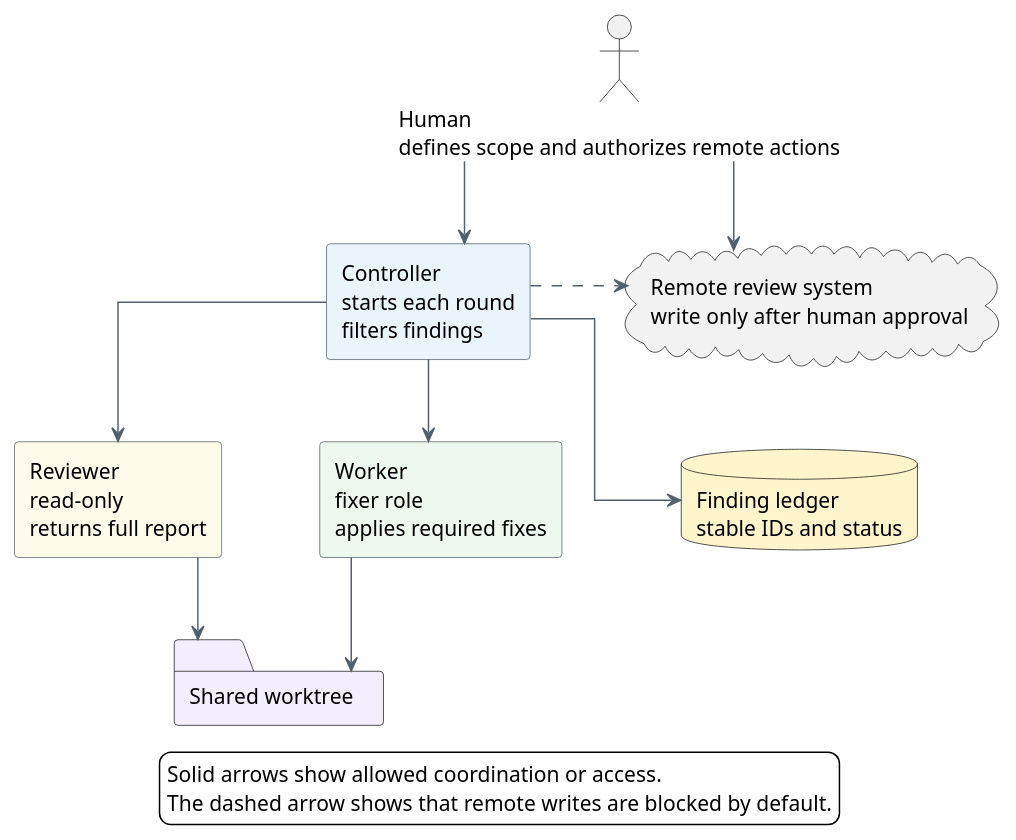
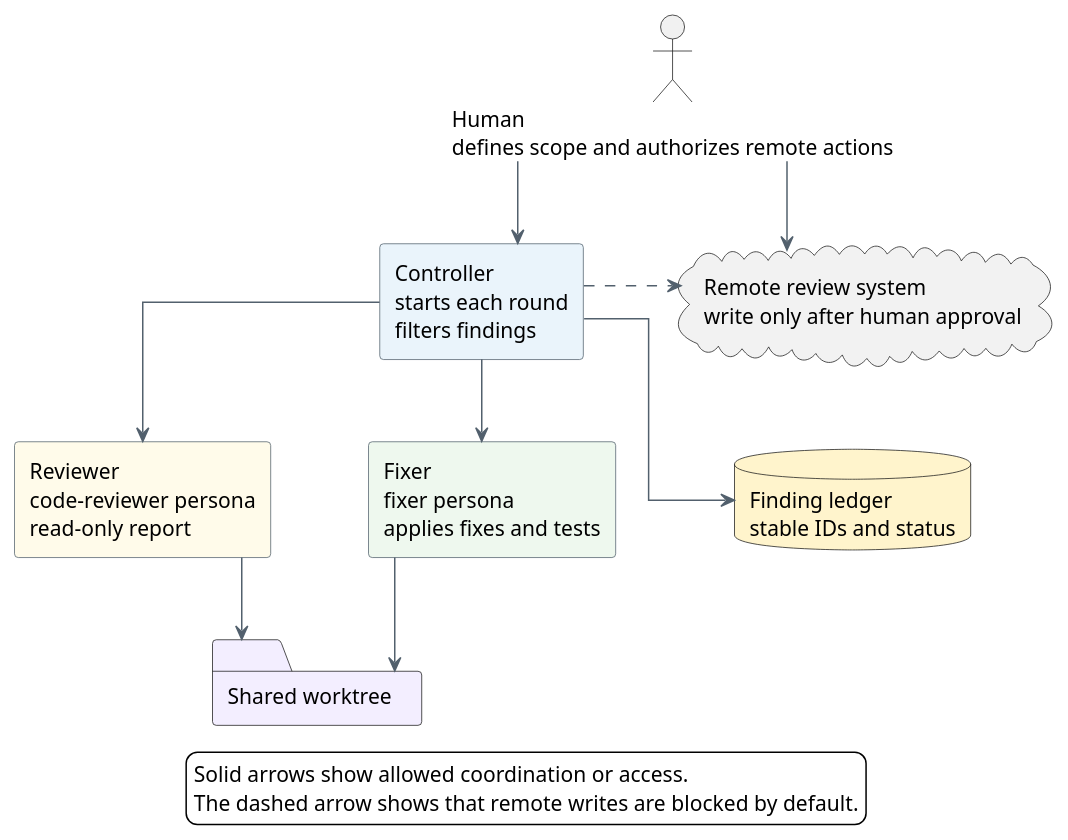
Before and after one commit to sirius-cc-wu/sirius-skills: the first of 2 diagrams in docs/subagent-review-fix-loop.md, drawn with PlantUML. The commit also changed other lines of this file, not shown here.

Commit message:
docs: align subagent review-fix guide with code-reviewer and fixer

````diff
--- a/docs/subagent-review-fix-loop.md
+++ b/docs/subagent-review-fix-loop.md
@@ -24,44 +24,44 @@
 ```plantuml
 @startuml pi-subagent-review-fix-roles
 top to bottom direction
 
 skinparam backgroundColor #FFFFFF
 skinparam shadowing false
 skinparam componentStyle rectangle
 skinparam packageStyle rectangle
 skinparam linetype ortho
 skinparam defaultFontName Arial
 skinparam ArrowColor #52606D
 skinparam nodesep 65
 skinparam ranksep 55
 skinparam component {
   BackgroundColor #FFFFFF
   BorderColor #52606D
 }
 
 actor "Human\ndefines scope and authorizes remote actions" as Human
 component "Controller\nstarts each round\nfilters findings" as Controller #EAF4FB
-component "Reviewer\nread-only\nreturns full report" as Reviewer #FFFBEA
-component "Worker\nfixer role\napplies required fixes" as Fixer #EEF8EE
+component "Reviewer\ncode-reviewer persona\nread-only report" as Reviewer #FFFBEA
+component "Fixer\nfixer persona\napplies fixes and tests" as Fixer #EEF8EE
 folder "Shared worktree" as Worktree #F3EEFF
 database "Finding ledger\nstable IDs and status" as Ledger #FFF4CC
 cloud "Remote review system\nwrite only after human approval" as Remote #F2F2F2
 
 Human -down-> Controller
 Controller -down-> Reviewer
 Controller -down-> Fixer
 Reviewer -down-> Worktree
 Fixer -down-> Worktree
 Controller -right-> Ledger
 Human -right-> Remote
 Controller ..right.> Remote
 
 Reviewer -[hidden]right-> Fixer
 Ledger -[hidden]up-> Remote
 
 legend bottom
   Solid arrows show allowed coordination or access.
   The dashed arrow shows that remote writes are blocked by default.
 endlegend
 @enduml
 ```
````
